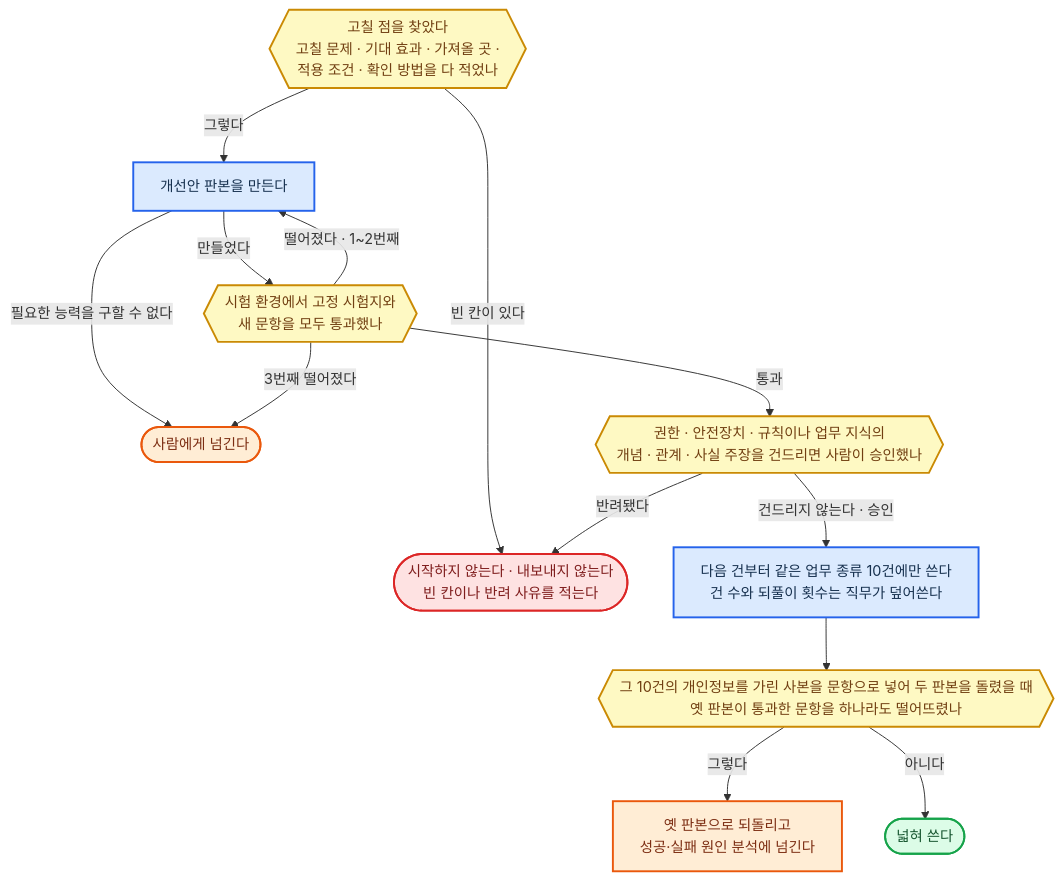
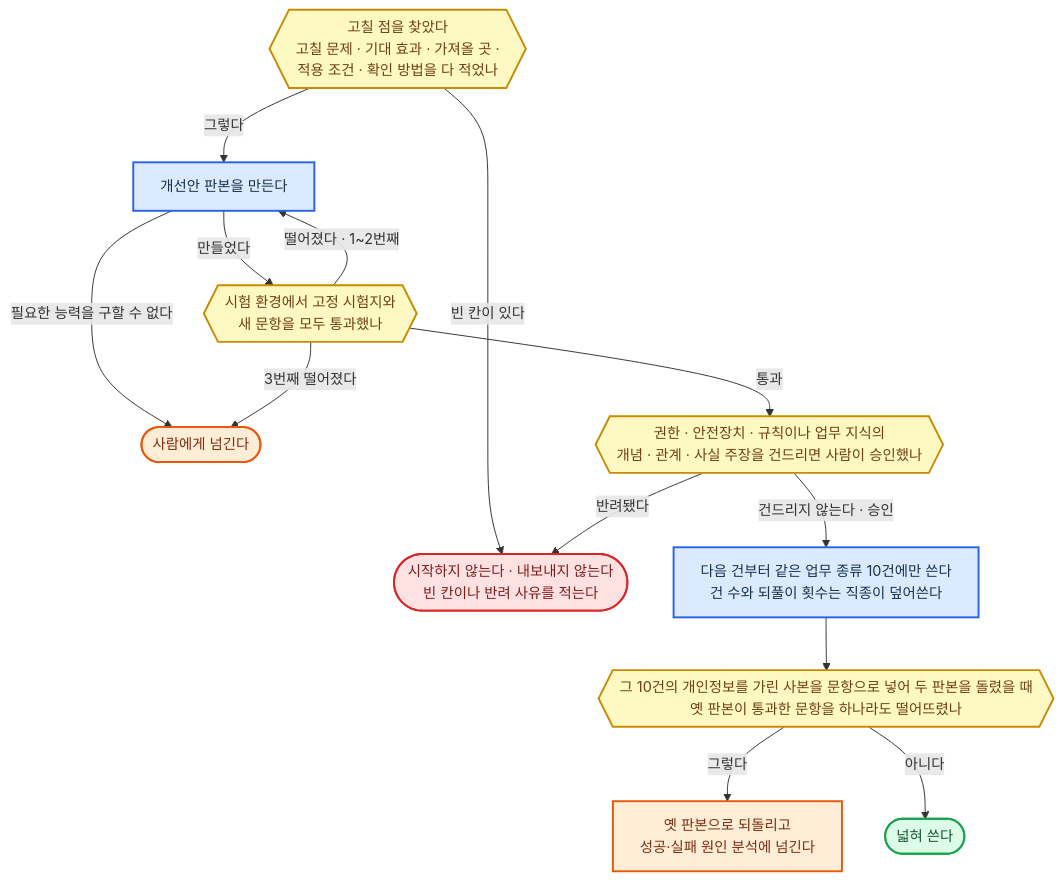
Diagram 26 of 26 in 전문가 에이전트 정의 2.md (harisbaguette/expert), drawn with Mermaid before and after one commit. The commit also changed other lines of this file, not shown here.

Commit message:
정의 2 — AI 모델 교체 행에서 업무 능력 시험으로 모델을 가르는 문장을 빼고, 분리 실행 ①에 직종 공통 폴더 읽기 예외를 넣고, 재료 절의 '직무마다 정한다'를 '직종이 정한다'로 통일

````diff
--- a/전문가 에이전트 정의 2.md
+++ b/전문가 에이전트 정의 2.md
@@ -2837,20 +2837,20 @@
 ```mermaid
 %%{init: {"flowchart": {"wrappingWidth": 640, "curve": "basis", "nodeSpacing": 45, "rankSpacing": 55, "padding": 14, "useMaxWidth": true}, "themeVariables": {"fontSize": "15px"}} }%%
 flowchart TB
     classDef main fill:#dbeafe,stroke:#2563eb,stroke-width:2px,color:#17314f
     classDef stop fill:#fee2e2,stroke:#dc2626,stroke-width:2px,color:#7f1d1d
     classDef back fill:#ffedd5,stroke:#ea580c,stroke-width:2px,color:#7c2d12
     classDef good fill:#dcfce7,stroke:#16a34a,stroke-width:2px,color:#14532d
     classDef note fill:#fef9c3,stroke:#ca8a04,stroke-width:2px,color:#713f12
     FIVE{{"고칠 점을 찾았다<br/>고칠 문제 · 기대 효과 · 가져올 곳 ·<br/>적용 조건 · 확인 방법을 다 적었나"}}:::note -- "그렇다" --> MAKE["개선안 판본을 만든다"]:::main -- "만들었다" --> TEST{{"시험 환경에서 고정 시험지와<br/>새 문항을 모두 통과했나"}}:::note
     FIVE -- "빈 칸이 있다" --> STOP(["시작하지 않는다 · 내보내지 않는다<br/>빈 칸이나 반려 사유를 적는다"]):::stop
     MAKE -- "필요한 능력을 구할 수 없다" --> HUMAN(["사람에게 넘긴다"]):::back
     TEST -- "떨어졌다 · 1~2번째" --> MAKE
     TEST -- "3번째 떨어졌다" --> HUMAN
     TEST -- "통과" --> OK{{"권한 · 안전장치 · 규칙이나 업무 지식의<br/>개념 · 관계 · 사실 주장을 건드리면 사람이 승인했나"}}:::note
     OK -- "반려됐다" --> STOP
-    OK -- "건드리지 않는다 · 승인" --> NARROW["다음 건부터 같은 업무 종류 10건에만 쓴다<br/>건 수와 되풀이 횟수는 직무가 덮어쓴다"]:::main
+    OK -- "건드리지 않는다 · 승인" --> NARROW["다음 건부터 같은 업무 종류 10건에만 쓴다<br/>건 수와 되풀이 횟수는 직종이 덮어쓴다"]:::main
     NARROW --> WORSE{{"그 10건의 개인정보를 가린 사본을 문항으로 넣어 두 판본을 돌렸을 때<br/>옛 판본이 통과한 문항을 하나라도 떨어뜨렸나"}}:::note
     WORSE -- "그렇다" --> BACK["옛 판본으로 되돌리고<br/>성공·실패 원인 분석에 넘긴다"]:::back
     WORSE -- "아니다" --> WIDE(["넓혀 쓴다"]):::good
 ```
````
